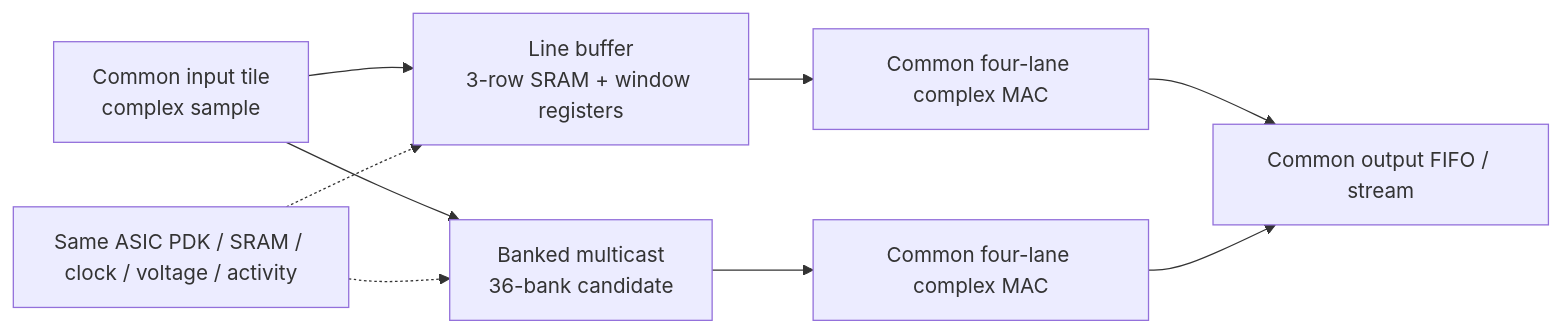
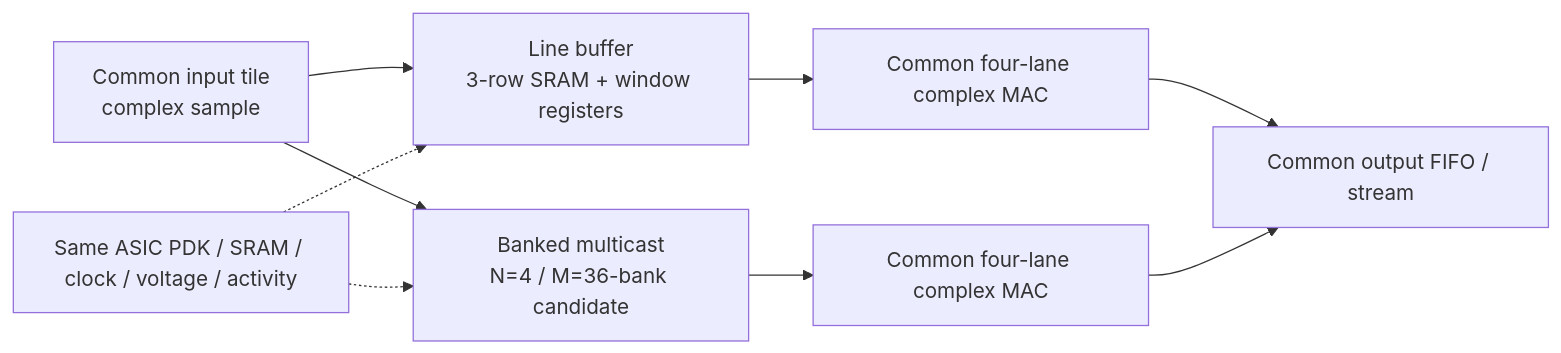
One commit to HN19781124/banked-stencil-multicast changed the diagram in docs/concepts/asic-linebuffer-comparison.en.md. Above: the diagram before and after it, drawn with Mermaid. The commit also changed other lines of this file and 36 other files, not shown here.

```diff
--- a/docs/concepts/asic-linebuffer-comparison.en.md
+++ b/docs/concepts/asic-linebuffer-comparison.en.md
@@ -13,11 +14,11 @@
 ~~~mermaid
 flowchart LR
     IN[Common input tile<br/>complex sample] --> LB[Line buffer<br/>3-row SRAM + window registers]
-    IN --> BM[Banked multicast<br/>36-bank candidate]
+    IN --> BM[Banked multicast<br/>N=4 / M=36-bank candidate]
     LB --> LMAC[Common four-lane complex MAC]
     BM --> BMAC[Common four-lane complex MAC]
     LMAC --> OUT[Common output FIFO / stream]
     BMAC --> OUT
     PDK[Same ASIC PDK / SRAM / clock / voltage / activity] -.-> LB
     PDK -.-> BM
 ~~~
```
